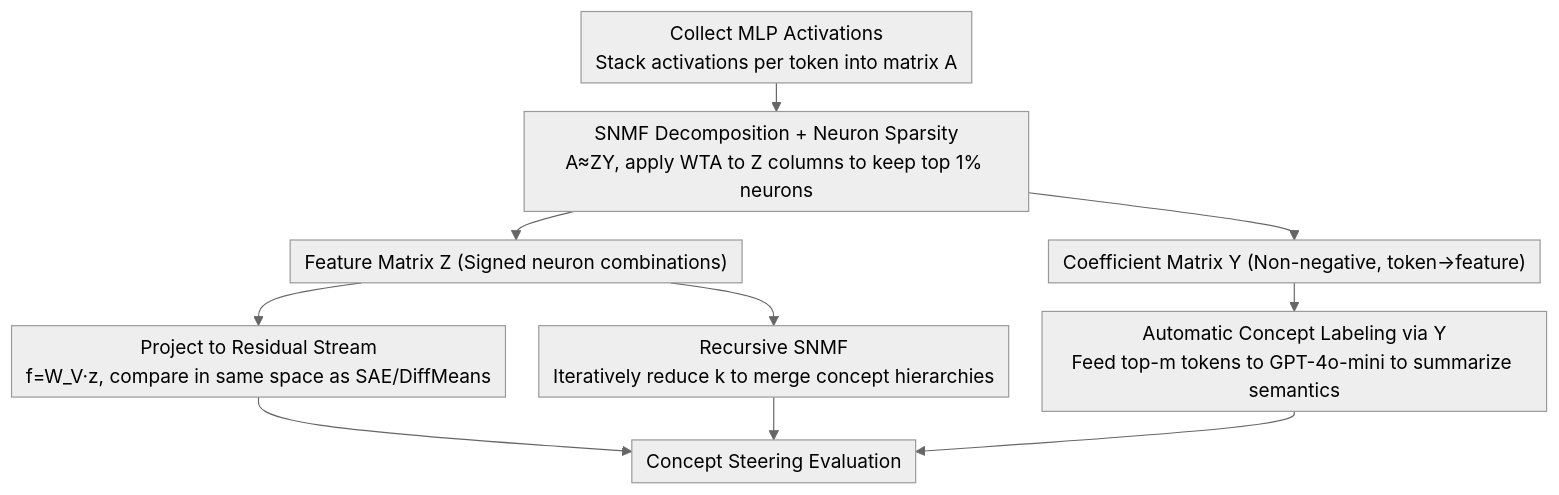
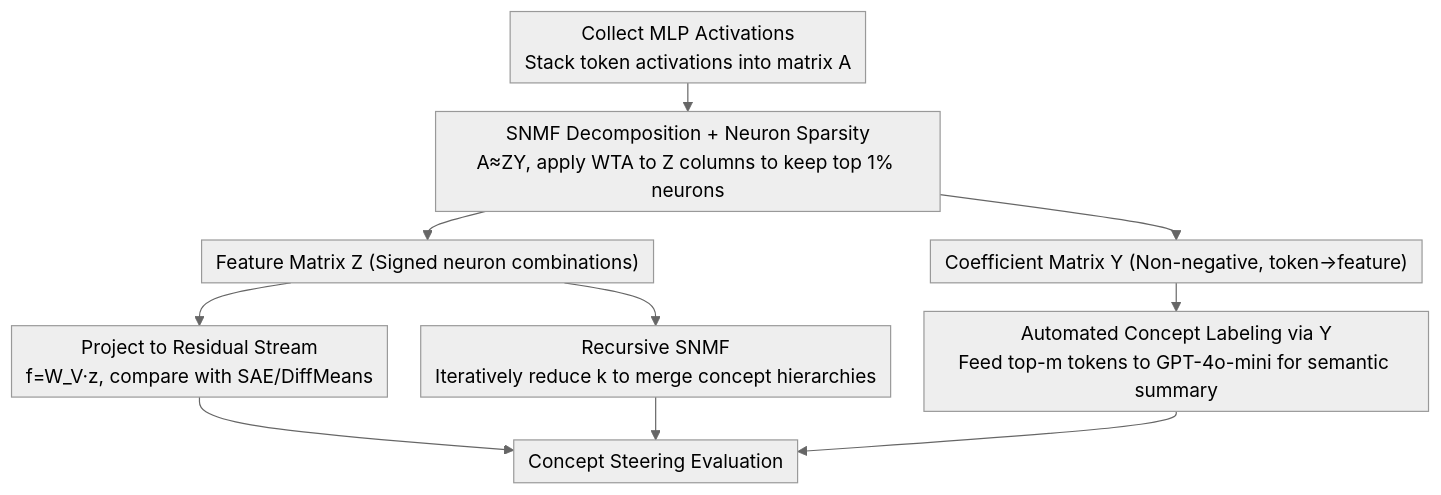
One commit to zhaoyang97/Paper-Notes-en changed the diagram in docs/ACL2026/interpretability/constructing_interpretable_features_from_compositional_neuron_groups.md. Above: the diagram before and after it, drawn with Mermaid (neutral theme). The commit also changed other lines of this file and 5084 other files, not shown here.

````diff
--- a/docs/ACL2026/interpretability/constructing_interpretable_features_from_compositional_neuron_groups.md
+++ b/docs/ACL2026/interpretability/constructing_interpretable_features_from_compositional_neuron_groups.md
@@ -44,13 +44,13 @@
 ```mermaid
 %%{init: {'flowchart': {'rankSpacing': 24, 'nodeSpacing': 28, 'padding': 6, 'wrappingWidth': 400}}}%%
 flowchart TD
-    A["Collect MLP Activations<br/>Stack activations per token into matrix A"] --> B["SNMF Decomposition + Neuron Sparsity<br/>A≈ZY, apply WTA to Z columns to keep top 1% neurons"]
+    A["Collect MLP Activations<br/>Stack token activations into matrix A"] --> B["SNMF Decomposition + Neuron Sparsity<br/>A≈ZY, apply WTA to Z columns to keep top 1% neurons"]
     B --> C["Feature Matrix Z (Signed neuron combinations)"]
     B --> D["Coefficient Matrix Y (Non-negative, token→feature)"]
-    C --> E["Project to Residual Stream<br/>f=W_V·z, compare in same space as SAE/DiffMeans"]
-    D --> F["Automatic Concept Labeling via Y<br/>Feed top-m tokens to GPT-4o-mini to summarize semantics"]
+    C --> E["Project to Residual Stream<br/>f=W_V·z, compare with SAE/DiffMeans"]
+    D --> F["Automated Concept Labeling via Y<br/>Feed top-m tokens to GPT-4o-mini for semantic summary"]
     C --> G["Recursive SNMF<br/>Iteratively reduce k to merge concept hierarchies"]
     E --> H["Concept Steering Evaluation"]
     F --> H
     G --> H
 ```
````
